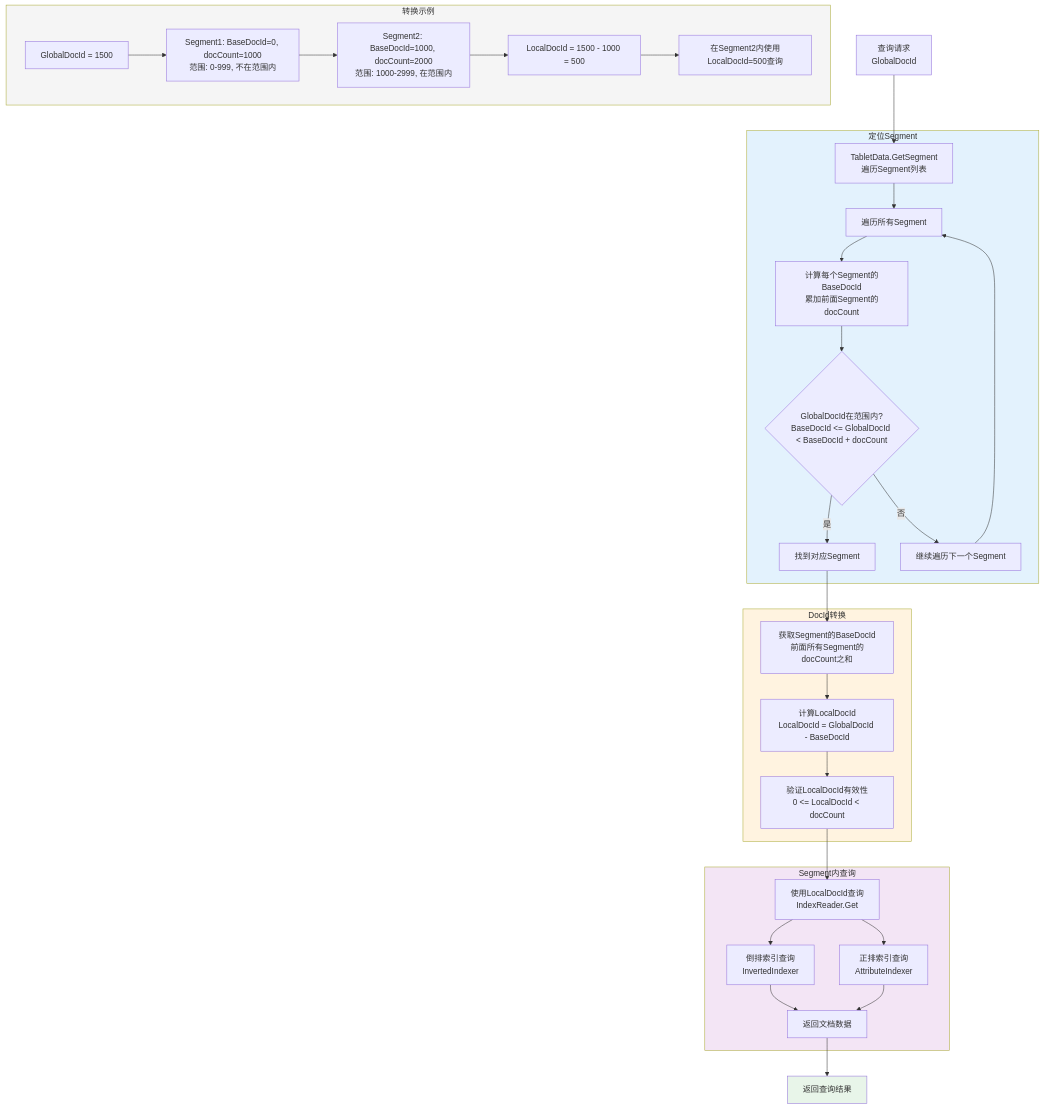
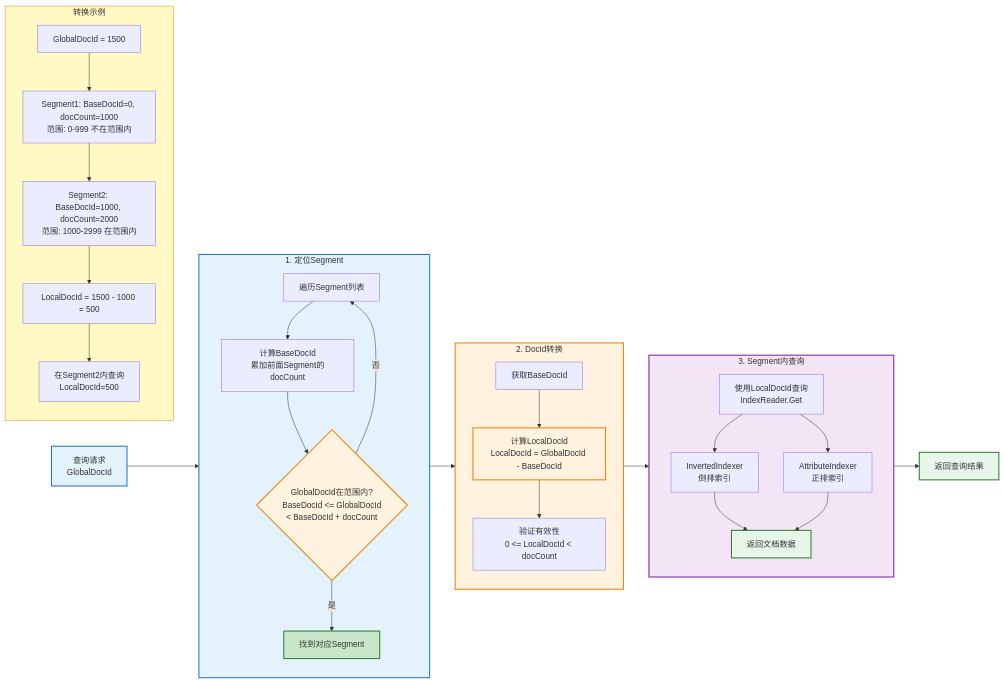
One commit to zhouzhilong-commits/zhouzhilong-commits.github.io changed diagram 18 of 22 in _posts/2025-05-19-indexlib-2-tablet-segment.md. Above: the diagram before and after it, drawn with Mermaid. The commit also changed other lines of this file and 6 other files, not shown here.

````diff
--- a/_posts/2025-05-19-indexlib-2-tablet-segment.md
+++ b/_posts/2025-05-19-indexlib-2-tablet-segment.md
@@ -1354,63 +1438,57 @@
 ```mermaid
-flowchart TD
-    A[查询请求<br/>GlobalDocId] --> B[TabletData.GetSegment<br/>遍历Segment列表]
+flowchart LR
+    Start[查询请求<br/>GlobalDocId] --> Locate[定位Segment]
     
-    subgraph Locate["定位Segment"]
-        L1[遍历所有Segment]
-        L2[计算每个Segment的BaseDocId<br/>累加前面Segment的docCount]
-        L3{GlobalDocId在范围内?<br/>BaseDocId <= GlobalDocId < BaseDocId + docCount}
-        L4[找到对应Segment]
-        L5[继续遍历下一个Segment]
-        
-        B --> L1
-        L1 --> L2
-        L2 --> L3
-        L3 -->|是| L4
-        L3 -->|否| L5
-        L5 --> L1
+    subgraph Locate["1. 定位Segment"]
+        direction TB
+        L1[遍历Segment列表] --> L2[计算BaseDocId<br/>累加前面Segment的docCount]
+        L2 --> L3{GlobalDocId在范围内?<br/>BaseDocId <= GlobalDocId<br/>< BaseDocId + docCount}
+        L3 -->|否| L1
+        L3 -->|是| L4[找到对应Segment]
     end
     
-    subgraph Convert["DocId转换"]
-        C1[获取Segment的BaseDocId<br/>前面所有Segment的docCount之和]
-        C2[计算LocalDocId<br/>LocalDocId = GlobalDocId - BaseDocId]
-        C3[验证LocalDocId有效性<br/>0 <= LocalDocId < docCount]
-        
-        L4 --> C1
-        C1 --> C2
-        C2 --> C3
+    Locate --> Convert[DocId转换]
+    
+    subgraph Convert["2. DocId转换"]
+        direction TB
+        C1[获取BaseDocId] --> C2[计算LocalDocId<br/>LocalDocId = GlobalDocId - BaseDocId]
+        C2 --> C3[验证有效性<br/>0 <= LocalDocId < docCount]
     end
     
-    subgraph Query["Segment内查询"]
-        Q1[使用LocalDocId查询<br/>IndexReader.Get]
-        Q2[倒排索引查询<br/>InvertedIndexer]
-        Q3[正排索引查询<br/>AttributeIndexer]
-        Q4[返回文档数据]
-        
-        C3 --> Q1
-        Q1 --> Q2
-        Q1 --> Q3
-        Q2 --> Q4
+    Convert --> Query[Segment内查询]
+    
+    subgraph Query["3. Segment内查询"]
+        direction TB
+        Q1[使用LocalDocId查询<br/>IndexReader.Get] --> Q2[InvertedIndexer<br/>倒排索引]
+        Q1 --> Q3[AttributeIndexer<br/>正排索引]
+        Q2 --> Q4[返回文档数据]
         Q3 --> Q4
     end
     
+    Query --> Result[返回查询结果]
+    
     subgraph Example["转换示例"]
-        E1[GlobalDocId = 1500]
-        E2[Segment1: BaseDocId=0, docCount=1000<br/>范围: 0-999, 不在范围内]
-        E3[Segment2: BaseDocId=1000, docCount=2000<br/>范围: 1000-2999, 在范围内]
-        E4[LocalDocId = 1500 - 1000 = 500]
-        E5[在Segment2内使用LocalDocId=500查询]
+        direction TB
+        E1["GlobalDocId = 1500"]
+        E2["Segment1: BaseDocId=0, docCount=1000<br/>范围: 0-999 不在范围内"]
+        E3["Segment2: BaseDocId=1000, docCount=2000<br/>范围: 1000-2999 在范围内"]
+        E4["LocalDocId = 1500 - 1000 = 500"]
+        E5["在Segment2内查询<br/>LocalDocId=500"]
         
         E1 --> E2
         E2 --> E3
         E3 --> E4
         E4 --> E5
     end
     
-    Q4 --> R[返回查询结果]
-    
-    style Locate fill:#e3f2fd
-    style Convert fill:#fff3e0
-    style Query fill:#f3e5f5
-    style Example fill:#f5f5f5
-    style R fill:#e8f5e9
+    style Start fill:#e3f2fd,stroke:#1976d2,stroke-width:2px
+    style Locate fill:#e3f2fd,stroke:#1976d2,stroke-width:2px
+    style Convert fill:#fff3e0,stroke:#f57c00,stroke-width:2px
+    style Query fill:#f3e5f5,stroke:#7b1fa2,stroke-width:2px
+    style Result fill:#e8f5e9,stroke:#2e7d32,stroke-width:2px
+    style Example fill:#fff9c4,stroke:#f57f17,stroke-width:1px
+    style L3 fill:#fff3e0,stroke:#f57c00,stroke-width:2px
+    style L4 fill:#c8e6c9,stroke:#2e7d32,stroke-width:2px
+    style C2 fill:#fff3e0,stroke:#f57c00,stroke-width:2px
+    style Q4 fill:#e8f5e9,stroke:#2e7d32,stroke-width:2px
 ```
````
